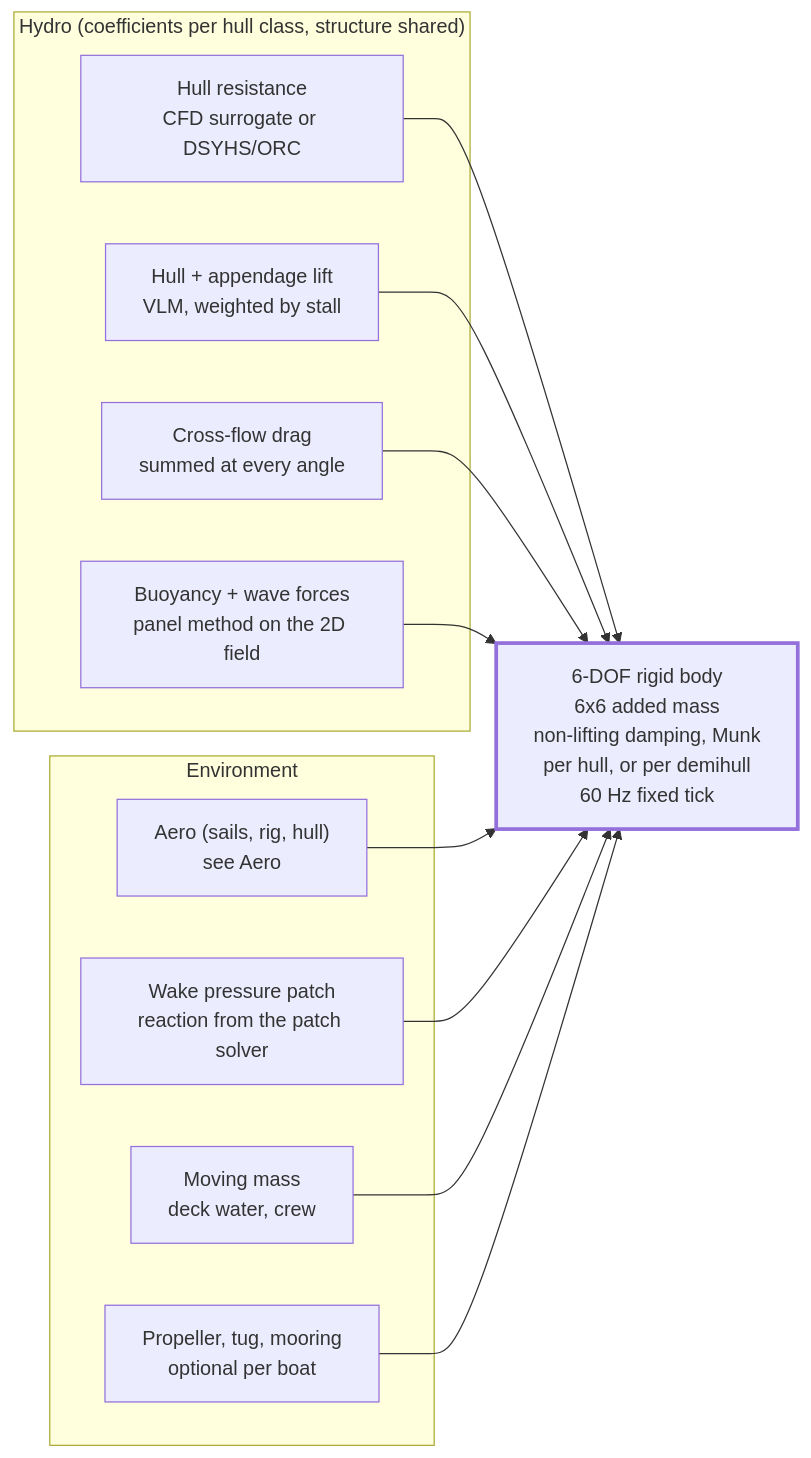
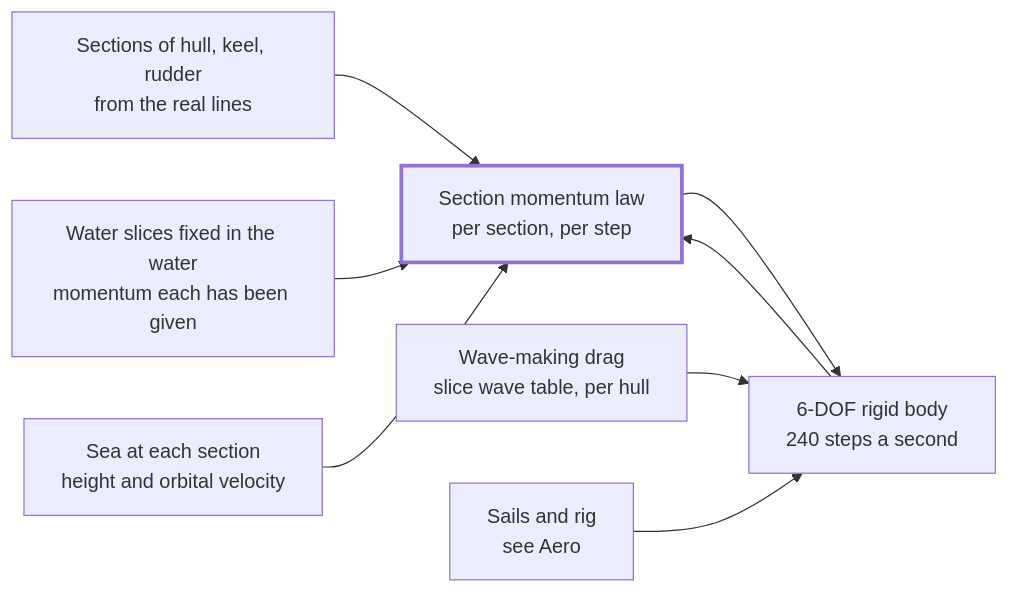
Before and after one commit to nipatiitti/luovi: the diagram in docs/intention/02-hull.md, drawn with Mermaid. The commit also changed other lines of this file and 13 other files, not shown here.

First line of the commit message:
Record the hull direction: forces from the section momentum law

````diff
--- a/docs/intention/02-hull.md
+++ b/docs/intention/02-hull.md
@@ -13,25 +13,18 @@
 ```mermaid
 flowchart LR
-    subgraph hydro["Hydro (coefficients per hull class, structure shared)"]
-        res["Hull resistance<br/>CFD surrogate or DSYHS/ORC"]
-        lift["Hull + appendage lift<br/>VLM, weighted by stall"]
-        cf["Cross-flow drag<br/>summed at every angle"]
-        wave["Buoyancy + wave forces<br/>panel method on the 2D field"]
-    end
-    rb["6-DOF rigid body<br/>6x6 added mass<br/>non-lifting damping, Munk<br/>per hull, or per demihull<br/>60 Hz fixed tick"]
-    subgraph env["Environment"]
-        aero["Aero (sails, rig, hull)<br/>see Aero"]
-        wake["Wake pressure patch<br/>reaction from the patch solver"]
-        mass["Moving mass<br/>deck water, crew"]
-        prop["Propeller, tug, mooring<br/>optional per boat"]
-    end
-    res --> rb
-    lift --> rb
-    cf --> rb
-    wave --> rb
+    geo["Sections of hull, keel, rudder<br/>from the real lines"]
+    water["Water slices fixed in the water<br/>momentum each has been given"]
+    law["Section momentum law<br/>per section, per step"]
+    waves["Sea at each section<br/>height and orbital velocity"]
+    rb["6-DOF rigid body<br/>240 steps a second"]
+    drag["Wave-making drag<br/>slice wave table, per hull"]
+    aero["Sails and rig<br/>see Aero"]
+    geo --> law
+    water --> law
+    waves --> law
+    law --> rb
+    drag --> rb
     aero --> rb
-    wake --> rb
-    mass --> rb
-    prop --> rb
-    style rb stroke-width:3px
+    rb --> law
+    style law stroke-width:3px
 ```
````
